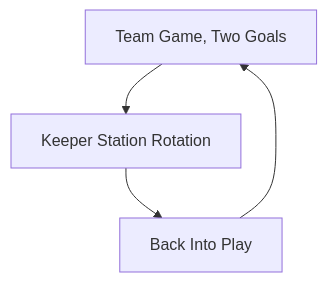
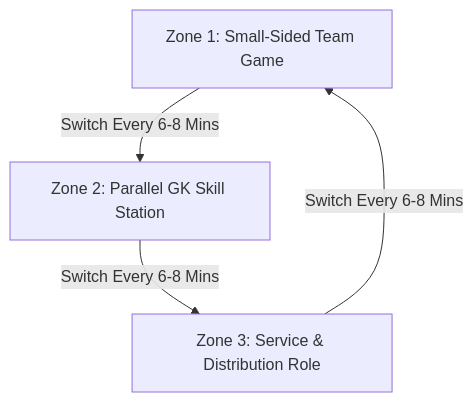
Before and after one commit to charlesjnichols/keeper-academy: the diagram in src/content/docs/coaches-toolbox/04-keeper-stations.mdx, drawn with Mermaid. The commit also changed other lines of this file and 29 other files, not shown here.

````diff
--- a/src/content/docs/coaches-toolbox/04-keeper-stations.mdx
+++ b/src/content/docs/coaches-toolbox/04-keeper-stations.mdx
@@ -26,6 +50,6 @@
 ```mermaid
 flowchart TD
-    A[Team Game, Two Goals] --> B[Keeper Station Rotation]
-    B --> C[Back Into Play]
-    C --> A
+    A[Zone 1: Small-Sided Team Game] -->|Switch Every 6-8 Mins| B[Zone 2: Parallel GK Skill Station]
+    B -->|Switch Every 6-8 Mins| C[Zone 3: Service & Distribution Role]
+    C -->|Switch Every 6-8 Mins| A
 ```
````
